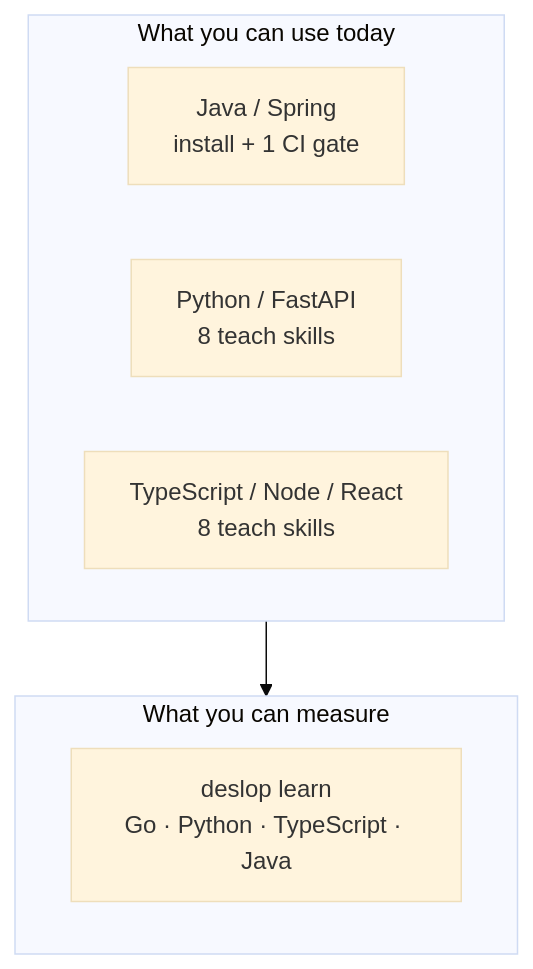
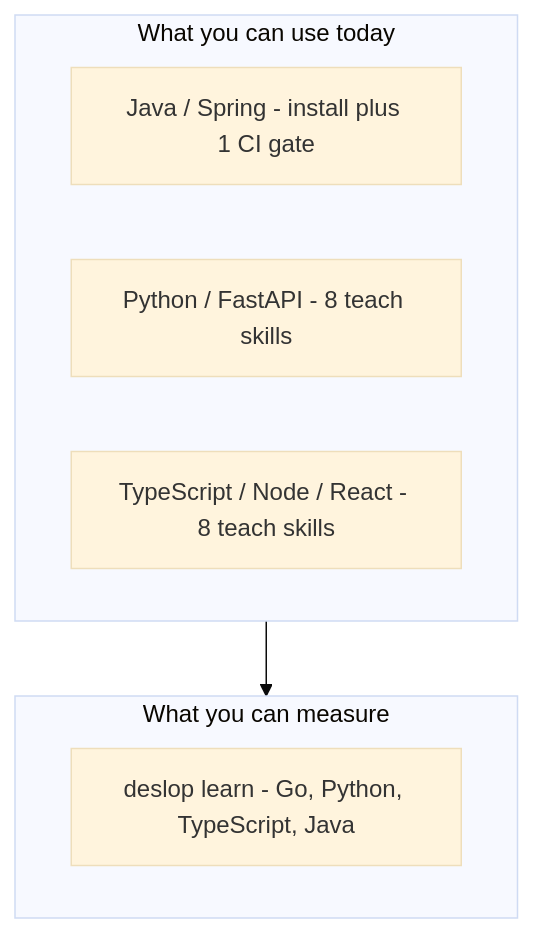
The second of 5 diagrams in README.md (Amaresh/deslop), drawn with Mermaid (base theme) before and after one commit. The commit also changed other lines of this file, not shown here.

First line of the commit message:
docs: make README mermaid parse on GitHub

````diff
--- a/README.md
+++ b/README.md
@@ -36,13 +36,12 @@
 ```mermaid
 flowchart TB
-  subgraph Available["What you can use today"]
-    direction LR
-    J["Java / Spring<br/>install + 1 CI gate"]
-    P["Python / FastAPI<br/>8 teach skills"]
-    T["TypeScript / Node / React<br/>8 teach skills"]
+  subgraph available [What you can use today]
+    J["Java / Spring - install plus 1 CI gate"]
+    P["Python / FastAPI - 8 teach skills"]
+    T["TypeScript / Node / React - 8 teach skills"]
   end
-  subgraph Discover["What you can measure"]
-    L["deslop learn<br/>Go · Python · TypeScript · Java"]
+  subgraph discover [What you can measure]
+    L["deslop learn - Go, Python, TypeScript, Java"]
   end
-  Available --> Discover
+  available --> discover
 ```
````
